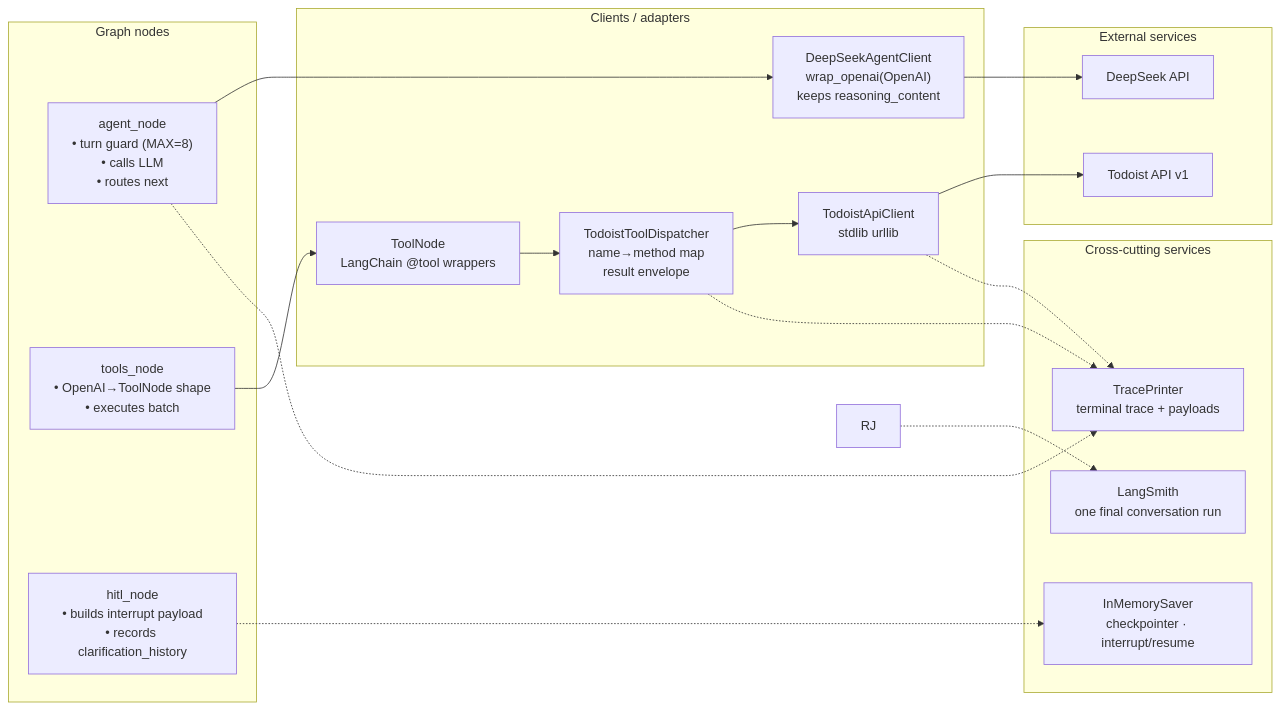
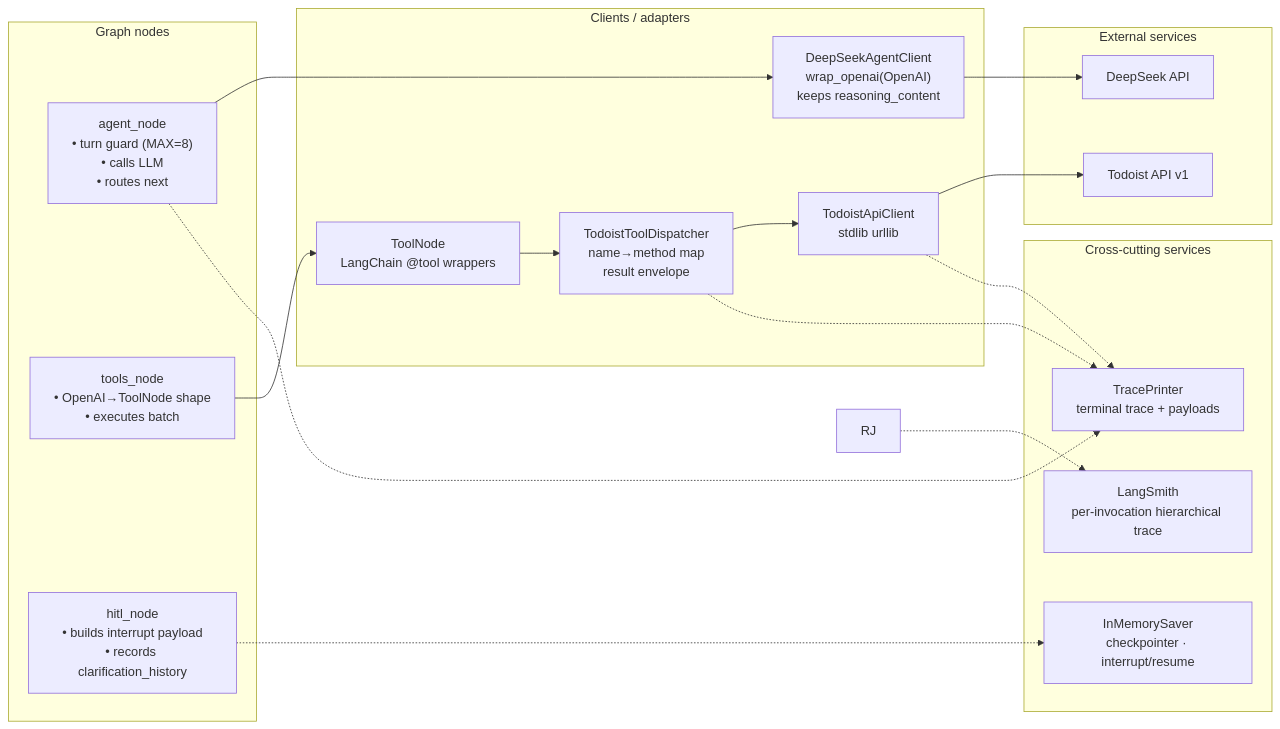
Before and after one commit to mcxraider/jarvis: the second of 3 diagrams in agents/jarvis_architecture.md, drawn with Mermaid. The commit also changed other lines of this file and 44 other files, not shown here.

````diff
--- a/agents/jarvis_architecture.md
+++ b/agents/jarvis_architecture.md
@@ -53,34 +53,34 @@
 ```mermaid
 flowchart LR
     subgraph CORE["Graph nodes"]
         A["agent_node<br/>• turn guard (MAX=8)<br/>• calls LLM<br/>• routes next"]
         T["tools_node<br/>• OpenAI→ToolNode shape<br/>• executes batch"]
         H["hitl_node<br/>• builds interrupt payload<br/>• records clarification_history"]
     end
 
     subgraph CLIENTS["Clients / adapters"]
         DSC["DeepSeekAgentClient<br/>wrap_openai(OpenAI)<br/>keeps reasoning_content"]
         TN["ToolNode<br/>LangChain @tool wrappers"]
         DISP["TodoistToolDispatcher<br/>name→method map<br/>result envelope"]
         TC["TodoistApiClient<br/>stdlib urllib"]
     end
 
     subgraph EXT["External services"]
         DS["DeepSeek API"]
         TD["Todoist API v1"]
     end
 
     subgraph CROSS["Cross-cutting services"]
         CP["InMemorySaver<br/>checkpointer · interrupt/resume"]
-        LS["LangSmith<br/>one final conversation run"]
+        LS["LangSmith<br/>per-invocation hierarchical trace"]
         TP["TracePrinter<br/>terminal trace + payloads"]
     end
 
     A --> DSC --> DS
     T --> TN --> DISP --> TC --> TD
     H -.-> CP
     A -.-> TP
     RJ -.-> LS
     DISP -.-> TP
     TC -.-> TP
 ```
````
